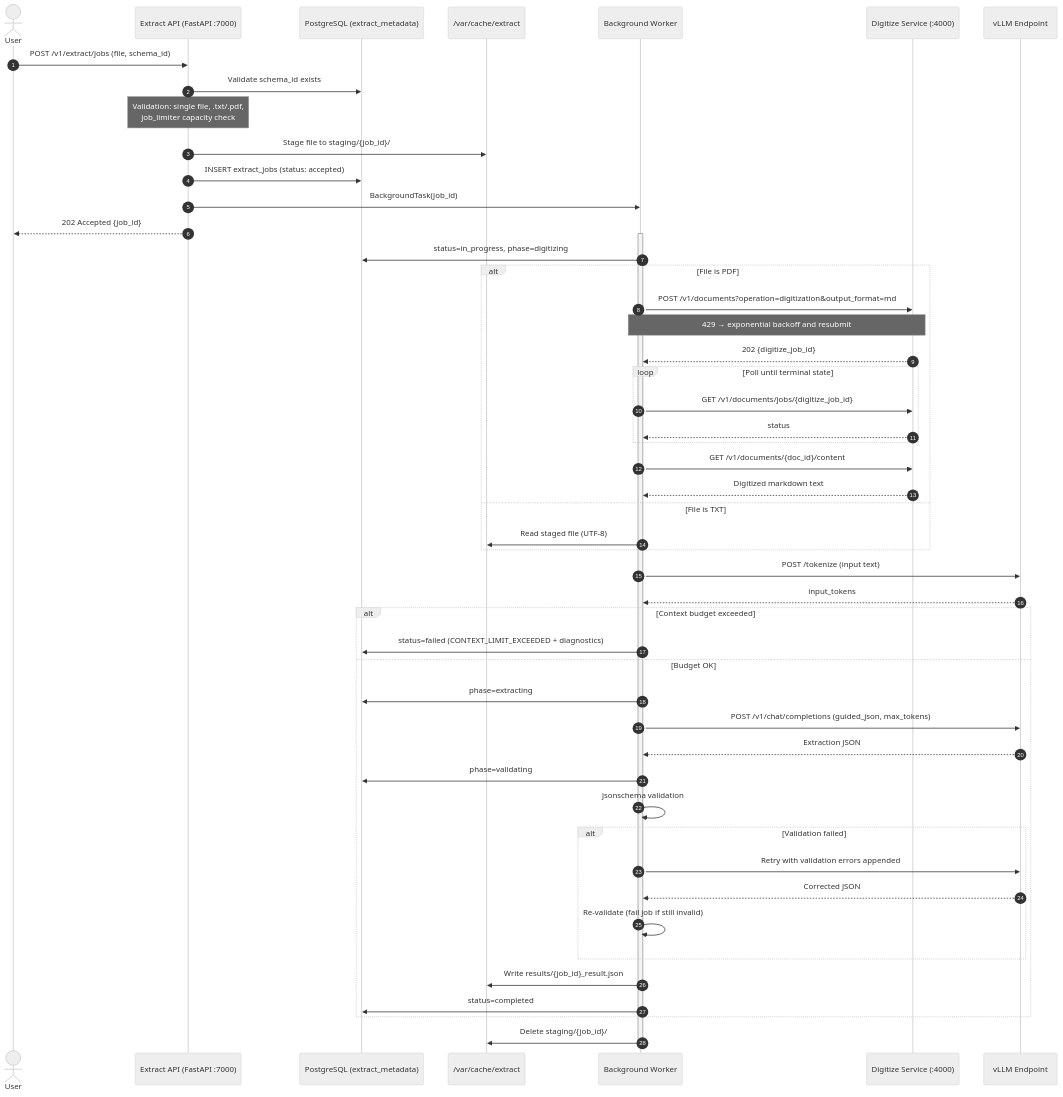
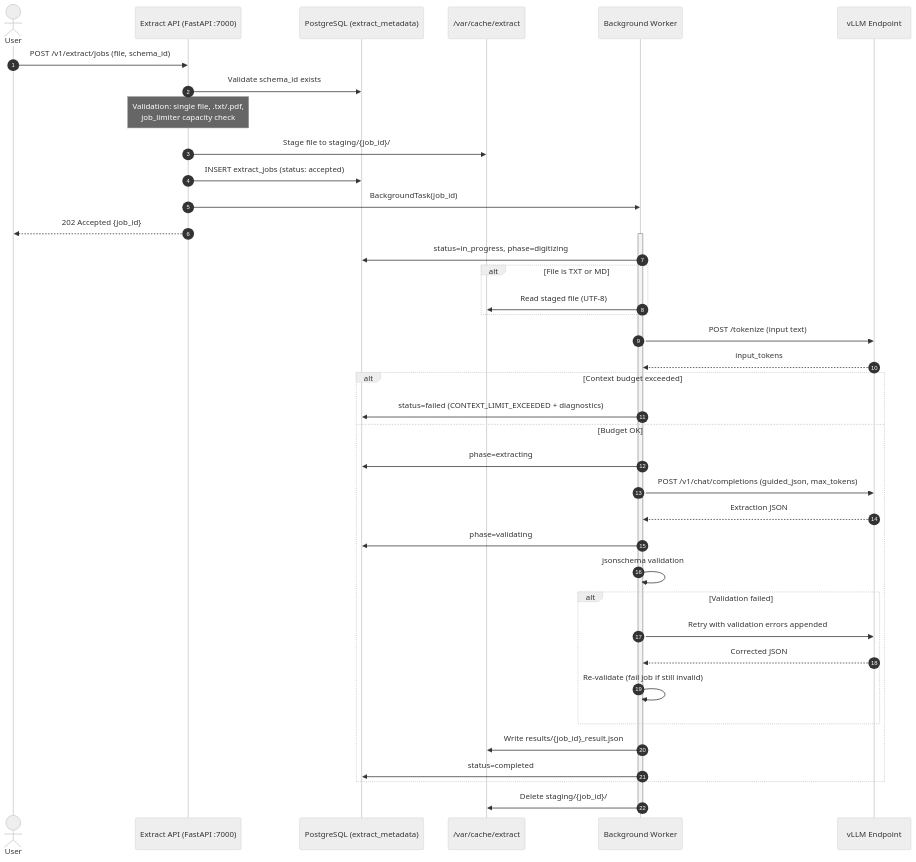
One commit to IBM/project-ai-services changed the second of 2 diagrams in docs/proposals/entity_extraction_service_proposal.md. Above: the diagram before and after it, drawn with Mermaid (neutral theme). The commit also changed other lines of this file, not shown here.

Commit message:
removed mention of digitize from extract proposal made json schema optional in post /schema

````diff
--- a/docs/proposals/entity_extraction_service_proposal.md
+++ b/docs/proposals/entity_extraction_service_proposal.md
@@ -886,61 +890,51 @@
 ```mermaid
 sequenceDiagram
     autonumber
     actor User
     participant API as Extract API (FastAPI :7000)
     participant PG as PostgreSQL (extract_metadata)
     participant FS as /var/cache/extract
     participant Worker as Background Worker
-    participant DIG as Digitize Service (:4000)
     participant vLLM as vLLM Endpoint
 
     User->>API: POST /v1/extract/jobs (file, schema_id)
     API->>PG: Validate schema_id exists
     Note over API: Validation: single file, .txt/.pdf,<br/>job_limiter capacity check
     API->>FS: Stage file to staging/{job_id}/
     API->>PG: INSERT extract_jobs (status: accepted)
     API->>Worker: BackgroundTask(job_id)
     API-->>User: 202 Accepted {job_id}
 
     activate Worker
     Worker->>PG: status=in_progress, phase=digitizing
 
-    alt File is PDF
-        Worker->>DIG: POST /v1/documents?operation=digitization&output_format=md
-        Note over Worker,DIG: 429 → exponential backoff and resubmit
-        DIG-->>Worker: 202 {digitize_job_id}
-        loop Poll until terminal state
-            Worker->>DIG: GET /v1/documents/jobs/{digitize_job_id}
-            DIG-->>Worker: status
-        end
-        Worker->>DIG: GET /v1/documents/{doc_id}/content
-        DIG-->>Worker: Digitized markdown text
-    else File is TXT
+    
+    alt File is TXT or MD
         Worker->>FS: Read staged file (UTF-8)
     end
 
     Worker->>vLLM: POST /tokenize (input text)
     vLLM-->>Worker: input_tokens
 
     alt Context budget exceeded
         Worker->>PG: status=failed (CONTEXT_LIMIT_EXCEEDED + diagnostics)
     else Budget OK
         Worker->>PG: phase=extracting
         Worker->>vLLM: POST /v1/chat/completions (guided_json, max_tokens)
         vLLM-->>Worker: Extraction JSON
         Worker->>PG: phase=validating
         Worker->>Worker: jsonschema validation
 
         alt Validation failed
             Worker->>vLLM: Retry with validation errors appended
             vLLM-->>Worker: Corrected JSON
             Worker->>Worker: Re-validate (fail job if still invalid)
         end
 
         Worker->>FS: Write results/{job_id}_result.json
         Worker->>PG: status=completed
     end
 
     Worker->>FS: Delete staging/{job_id}/
     deactivate Worker
 ```
````
